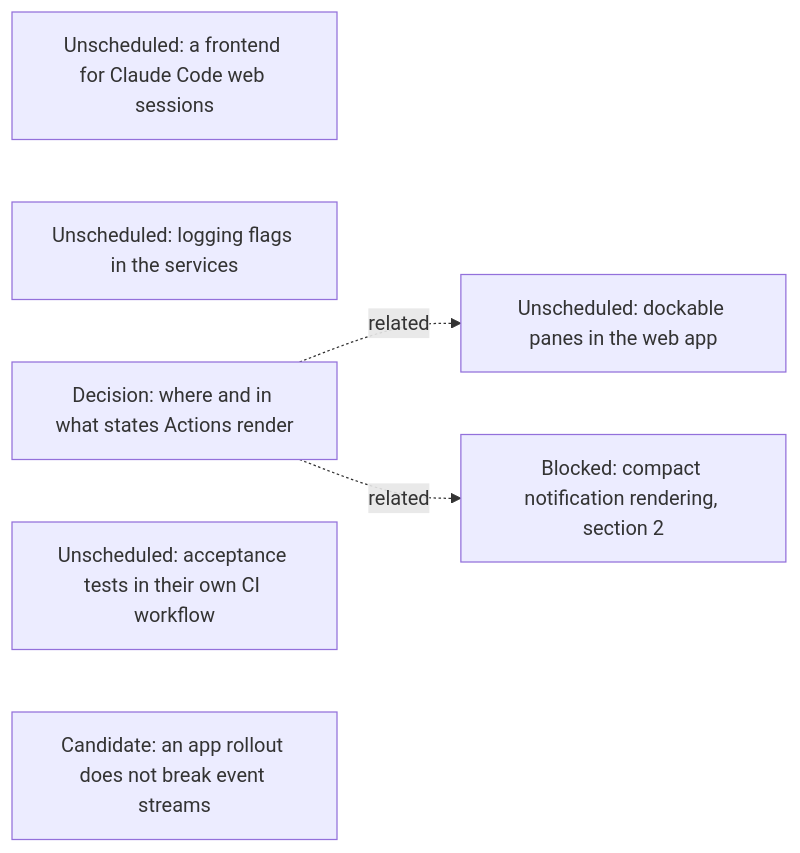
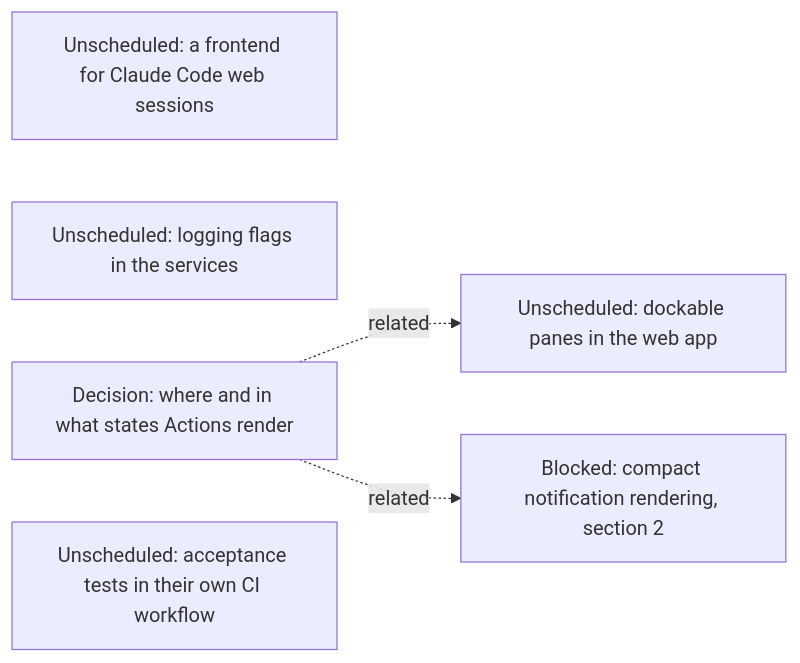
Before and after one commit to agentydragon-agent/ducktape: the seventh of 14 diagrams in agentplane/plans/task_dag.md, drawn with Mermaid. The commit also changed other lines of this file and 3 other files, not shown here.

````diff
--- a/agentplane/plans/task_dag.md
+++ b/agentplane/plans/task_dag.md
@@ -458,12 +458,11 @@
 ```mermaid
 flowchart LR
     CLAUDE_CODE_WEB_BRIDGE[Unscheduled: a frontend for Claude Code web sessions]
     SERVICE_LOG_FLAGS[Unscheduled: logging flags in the services]
     ACTION_SURFACES_DESIGN[Decision: where and in what states Actions render]
     ISOLATED_ACCEPTANCE_CI[Unscheduled: acceptance tests in their own CI workflow]
     DOCKABLE_PANES[Unscheduled: dockable panes in the web app]
-    APP_ROLLOUT_STREAMS[Candidate: an app rollout does not break event streams]
     ACTION_SURFACES_DESIGN -. related .-> DOCKABLE_PANES
     NOTIFICATION_PRESENTATION[Blocked: compact notification rendering, section 2]
     ACTION_SURFACES_DESIGN -. related .-> NOTIFICATION_PRESENTATION
 ```
````
